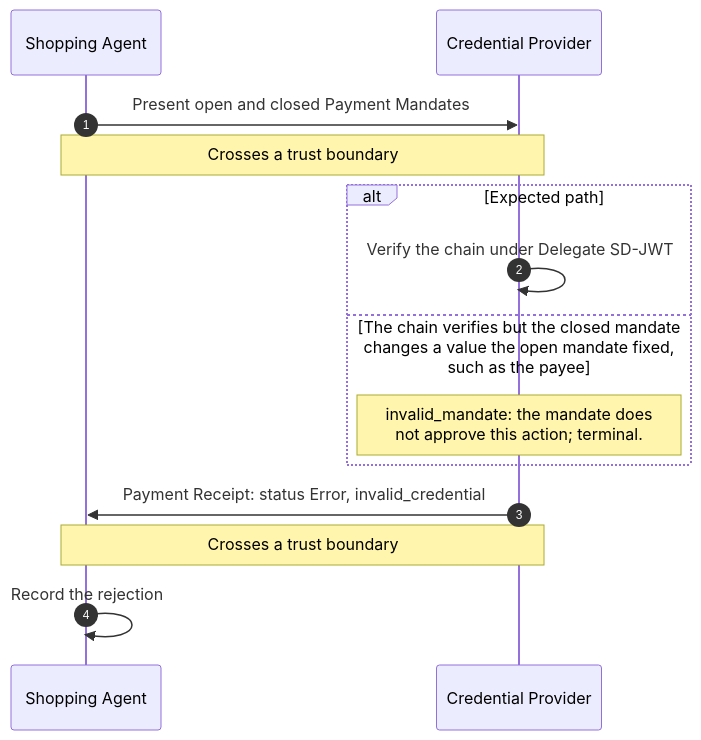
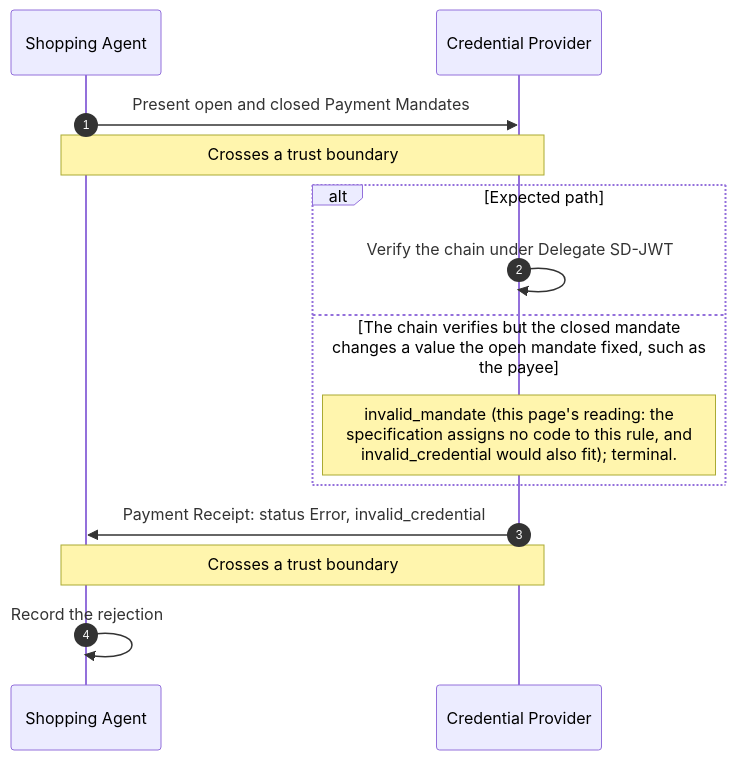
One commit to mercesAI/agentic-rails-atlas changed the diagram in src/generated/mermaid/ap2-failure-invalid-credential.mmd. Above: the diagram before and after it, drawn with Mermaid. The commit also changed 74 other files, not shown here.

Commit message:
fix(content): full AP2 fact check with FIDO timeline and publication corrections

```diff
--- a/src/generated/mermaid/ap2-failure-invalid-credential.mmd
+++ b/src/generated/mermaid/ap2-failure-invalid-credential.mmd
@@ -1,16 +1,16 @@
 sequenceDiagram
   accTitle: AP2 failure: invalid_credential on a broken mandate chain
-  accDescr: Sequence diagram: AP2 failure: invalid_credential on a broken mandate chain. 2 participants: Shopping Agent and Credential Provider. 4 steps, 2 crossing a trust boundary, 1 failure branch. Based on ap2 v0.2 (2026-04-28). Step 1: Shopping Agent to Credential Provider: Present open and closed Payment Mandates. This step crosses a trust boundary. Step 2: Credential Provider to Credential Provider: Verify the chain under Delegate SD-JWT. If The chain verifies but the closed mandate changes a value the open mandate fixed, such as the payee: invalid_mandate: the mandate does not approve this action terminal. Step 3: Credential Provider to Shopping Agent: Payment Receipt: status Error, invalid_credential. This step crosses a trust boundary. Step 4: Shopping Agent to Shopping Agent: Record the rejection.
+  accDescr: Sequence diagram: AP2 failure: invalid_credential on a broken mandate chain. 2 participants: Shopping Agent and Credential Provider. 4 steps, 2 crossing a trust boundary, 1 failure branch. Based on ap2 v0.2 (2026-04-28). Step 1: Shopping Agent to Credential Provider: Present open and closed Payment Mandates. This step crosses a trust boundary. Step 2: Credential Provider to Credential Provider: Verify the chain under Delegate SD-JWT. If The chain verifies but the closed mandate changes a value the open mandate fixed, such as the payee: invalid_mandate (this page's reading: the specification assigns no code to this rule, and invalid_credential would also fit) terminal. Step 3: Credential Provider to Shopping Agent: Payment Receipt: status Error, invalid_credential. This step crosses a trust boundary. Step 4: Shopping Agent to Shopping Agent: Record the rejection.
   autonumber
   participant p_sa as Shopping Agent
   participant p_cp as Credential Provider
   p_sa->>p_cp: Present open and closed Payment Mandates
   Note over p_sa,p_cp: Crosses a trust boundary
   alt Expected path
     p_cp->>p_cp: Verify the chain under Delegate SD-JWT
   else The chain verifies but the closed mandate changes a value the open mandate fixed, such as the payee
-    Note over p_cp: invalid_mandate: the mandate does<br/>not approve this action#59; terminal.
+    Note over p_cp: invalid_mandate (this page#39;s reading: the<br/>specification assigns no code to this rule, and<br/>invalid_credential would also fit)#59; terminal.
   end
   p_cp->>p_sa: Payment Receipt: status Error, invalid_credential
   Note over p_cp,p_sa: Crosses a trust boundary
   p_sa->>p_sa: Record the rejection
```
